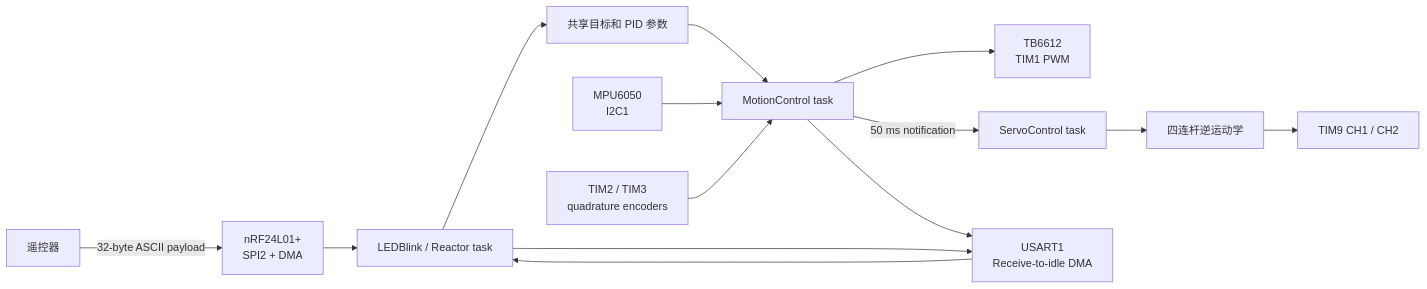
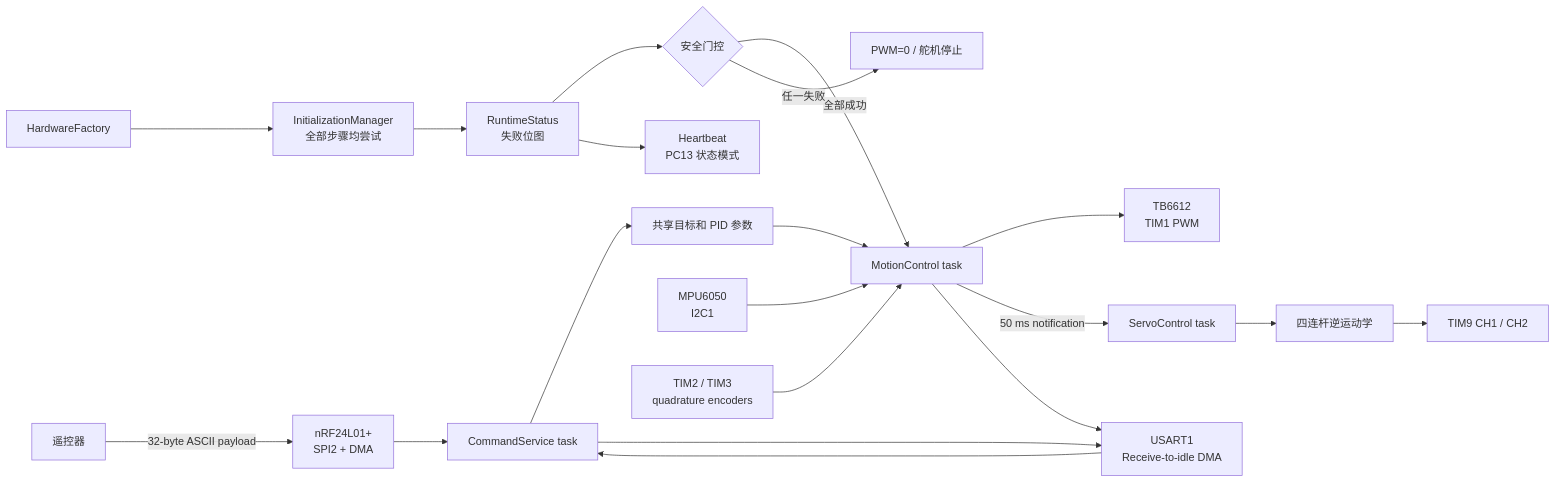
Before and after one commit to lk888l/wheeled-legged_Robot-WL1: the first of 2 diagrams in car_firmware/docs/architecture.md, drawn with Mermaid. The commit also changed other lines of this file and 38 other files, not shown here.

````diff
--- a/car_firmware/docs/architecture.md
+++ b/car_firmware/docs/architecture.md
@@ -8,18 +8,25 @@
 ```mermaid
 flowchart LR
     Remote["遥控器"] -->|32-byte ASCII payload| NRF["nRF24L01+<br/>SPI2 + DMA"]
-    UART["USART1<br/>Receive-to-idle DMA"] --> Reactor["LEDBlink / Reactor task"]
-    NRF --> Reactor
-    Reactor --> Targets["共享目标和 PID 参数"]
+    UART["USART1<br/>Receive-to-idle DMA"] --> Command["CommandService task"]
+    NRF --> Command
+    Command --> Targets["共享目标和 PID 参数"]
+
+    Factory["HardwareFactory"] --> Init["InitializationManager<br/>全部步骤均尝试"]
+    Init --> Status["RuntimeStatus<br/>失败位图"]
+    Status --> Gate{"安全门控"}
+    Gate -->|全部成功| Motion
+    Gate -->|任一失败| Safe["PWM=0 / 舵机停止"]
+    Status --> Heartbeat["Heartbeat<br/>PC13 状态模式"]
 
     IMU["MPU6050<br/>I2C1"] --> Motion["MotionControl task"]
     Encoders["TIM2 / TIM3<br/>quadrature encoders"] --> Motion
     Targets --> Motion
     Motion --> Motor["TB6612<br/>TIM1 PWM"]
     Motion -->|50 ms notification| ServoTask["ServoControl task"]
     ServoTask --> Kinematics["四连杆逆运动学"]
     Kinematics --> Servos["TIM9 CH1 / CH2"]
 
     Motion --> UART
-    Reactor --> UART
+    Command --> UART
 ```
````
